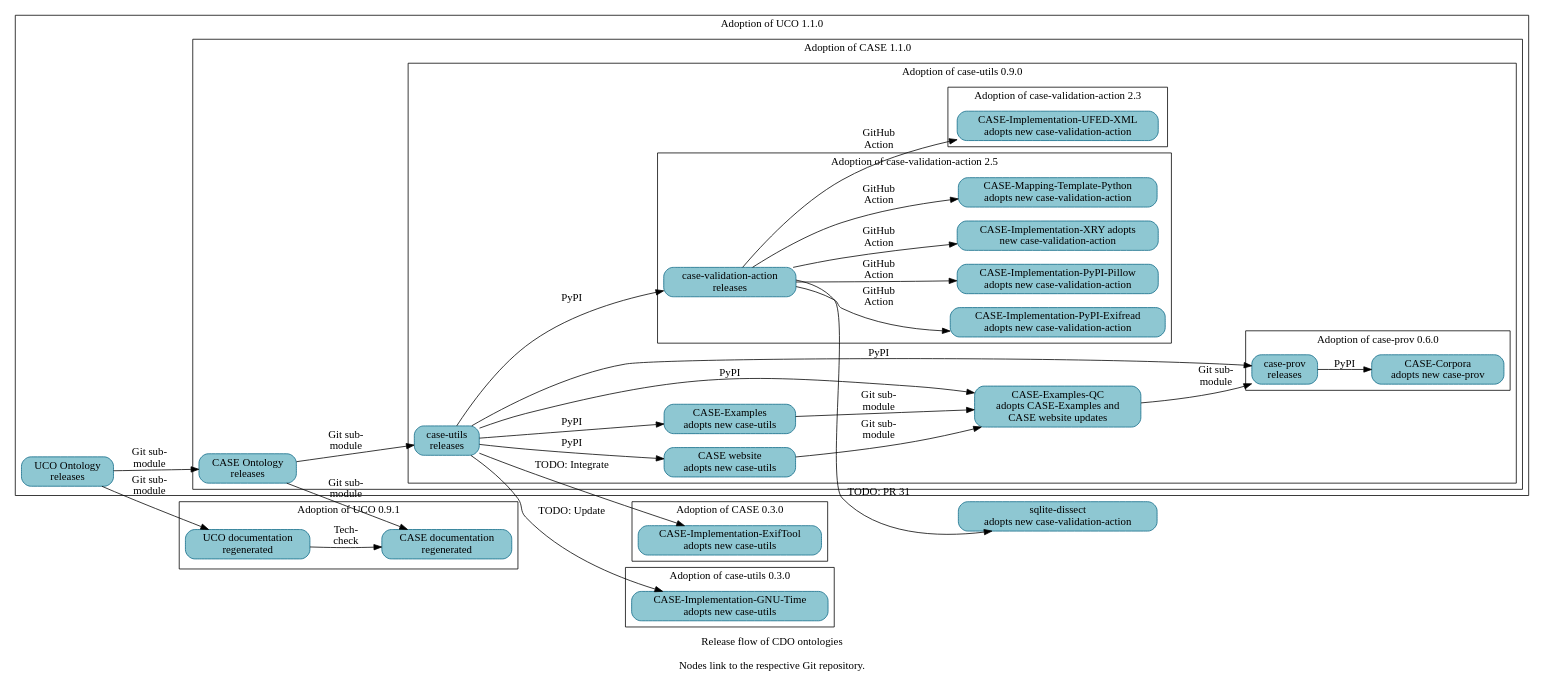
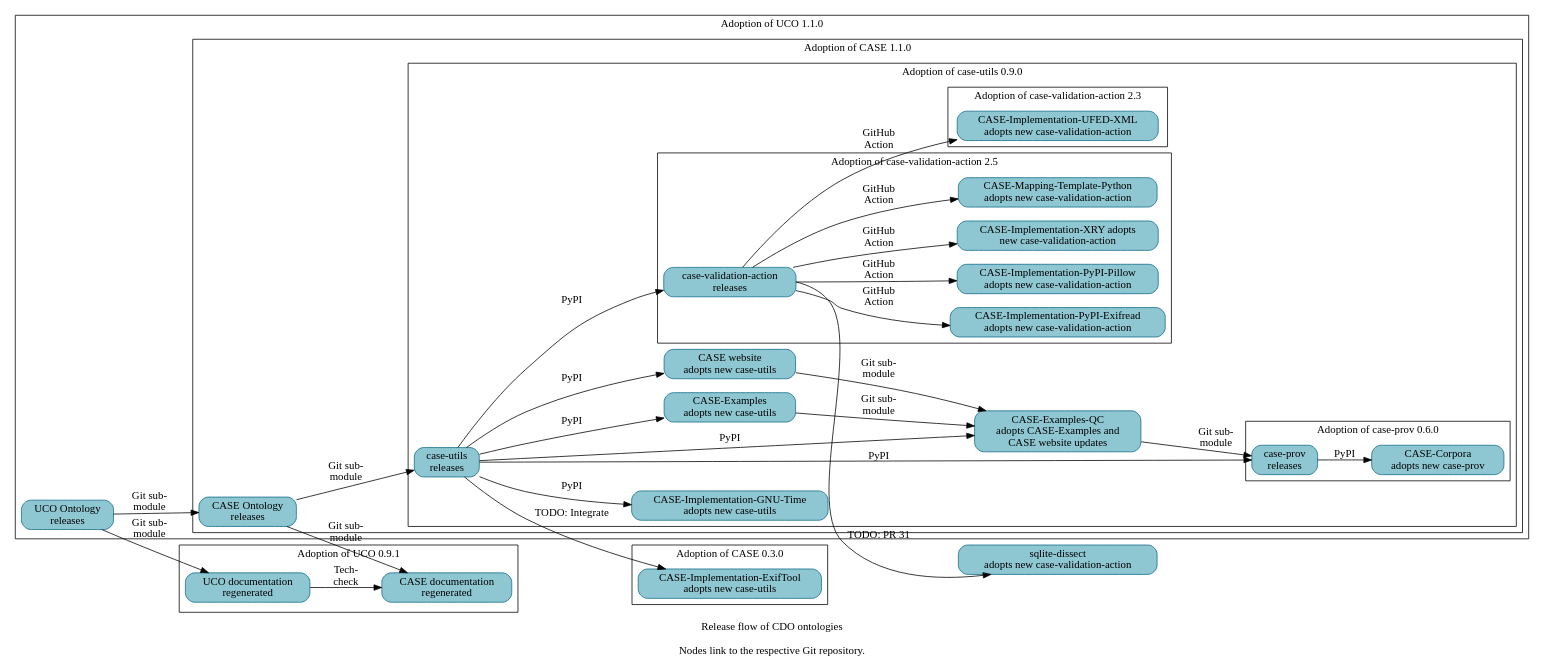
The diagram in resources/project_release_flow.dot (Cyber-Domain-Ontology/cdo.github.io), drawn with Graphviz before and after one commit.

Commit message:
Refresh adoption status
A follow-on patch will regenerate Make-managed files.

```diff
--- a/resources/project_release_flow.dot
+++ b/resources/project_release_flow.dot
@@ -1,98 +1,93 @@
 digraph "cdo_release_flow" {
   label = "Release flow of CDO ontologies\n\nNodes link to the respective Git repository." ;
   rankdir = "LR" ;
   node [shape="rectangle" style="filled,rounded" fillcolor="#8EC7D2" color="#0D6986"] ;
 
 
   // Define nodes in their corresponding progress subgraph.
 
   subgraph cluster_case_0_3_0 {
     label = "Adoption of CASE 0.3.0" ;
 
     _GH__CASEWORK__CASE_IMPLEMENTATON_EXIFTOOL [URL="https://github.com/casework/CASE-Implementation-ExifTool" label="CASE-Implementation-ExifTool\nadopts new case-utils"] ;
-  }
-
-  subgraph cluster_case_utils_0_3_0 {
-    label = "Adoption of case-utils 0.3.0" ;
-
-    _GH__CASEWORK__CASE_IMPLEMENTATON_GNU_TIME [URL="https://github.com/casework/CASE-Implementation-GNU-Time" label="CASE-Implementation-GNU-Time\nadopts new case-utils"] ;
   }
 
   subgraph cluster_uco_0_9_1 {
     label = "Adoption of UCO 0.9.1" ;
 
     _GH__CASEWORK__ONTOLOGY_CASEONTOLOGY_ORG [URL="https://github.com/casework/ontology.caseontology.org" label="CASE documentation\nregenerated"] ;
     _GH__UCOPROJECT__ONTOLOGY_UNIFIEDCYBERONTOLOGY_ORG [URL="https://github.com/ucoProject/ontology.unifiedcyberontology.org" label="UCO documentation\nregenerated"] ;
   }
   subgraph cluster_uco_1_1_0 {
     label = "Adoption of UCO 1.1.0" ;
 
     _GH__UCOPROJECT__UCO [URL="https://github.com/ucoProject/UCO" label="UCO Ontology\nreleases"] ;
 
     subgraph cluster_case_1_1_0 {
       label = "Adoption of CASE 1.1.0" ;
 
       _GH__CASEWORK__CASE [URL="https://github.com/casework/CASE" label="CASE Ontology\nreleases"] ;
 
       subgraph cluster_case_utils_0_9_0 {
         label = "Adoption of case-utils 0.9.0" ;
 
         _GH__AJNELSON_NIST__CASE_EXAMPLES_QC [URL="https://github.com/ajnelson-nist/CASE-Examples-QC" label="CASE-Examples-QC\nadopts CASE-Examples and\nCASE website updates"] ;
         _GH__CASEWORK__CASE_EXAMPLES [URL="https://github.com/casework/CASE-Examples" label="CASE-Examples\nadopts new case-utils"] ;
+        _GH__CASEWORK__CASE_IMPLEMENTATON_GNU_TIME [URL="https://github.com/casework/CASE-Implementation-GNU-Time" label="CASE-Implementation-GNU-Time\nadopts new case-utils"] ;
         _GH__CASEWORK__CASE_UTILITIES_PYTHON [URL="https://github.com/casework/CASE-Utilities-Python" label="case-utils\nreleases"] ;
         _GH__CASEWORK__CASEWORK_GITHUB_IO [URL="https://github.com/casework/casework.github.io" label="CASE website\nadopts new case-utils"] ;
 
         subgraph cluster_case_prov_0_6_0 {
           label = "Adoption of case-prov 0.6.0" ;
 
           _GH__CASEWORK__CASE_CORPORA [URL="https://github.com/casework/CASE-Corpora" label="CASE-Corpora\nadopts new case-prov"] ;
           _GH__CASEWORK__CASE_IMPLEMENTATON_PROV_O [URL="https://github.com/casework/CASE-Implementation-PROV-O" label="case-prov\nreleases"] ;
         }
 
         subgraph cluster_case_validation_action_2_3 {
           label = "Adoption of case-validation-action 2.3" ;
 
           _GH__CASEWORK__CASE_IMPLEMENTATON_UFED_XML [URL="https://github.com/casework/CASE-Implementation-UFED-XML" label="CASE-Implementation-UFED-XML\nadopts new case-validation-action"] ;
         }
 
         subgraph cluster_case_validation_action_2_5 {
           label = "Adoption of case-validation-action 2.5" ;
 
           _GH__CASEWORK__CASE_IMPLEMENTATON_PYPI_EXIFREAD [URL="https://github.com/casework/CASE-Implementation-PyPI-Exifread" label="CASE-Implementation-PyPI-Exifread\nadopts new case-validation-action"] ;
           _GH__CASEWORK__CASE_IMPLEMENTATON_PYPI_PILLOW [URL="https://github.com/casework/CASE-Implementation-PyPI-Pillow" label="CASE-Implementation-PyPI-Pillow\nadopts new case-validation-action"] ;
           _GH__CASEWORK__CASE_IMPLEMENTATON_XRY [URL="https://github.com/casework/CASE-Implementation-XRY" label="CASE-Implementation-XRY adopts\nnew case-validation-action"] ;
           _GH__CASEWORK__CASE_MAPPING_TEMPLATE_PYTHON [URL="https://github.com/casework/CASE-Mapping-Template-Python" label="CASE-Mapping-Template-Python\nadopts new case-validation-action"] ;
           _GH__KCHASON__CASE_VALIDATION_ACTION [URL="https://github.com/kchason/case-validation-action" label="case-validation-action\nreleases"] ;
         }
       }
     }
   }
 
   _GH__DOD_CYBER_CRIME_CENTER__SQLITE_DISSECT [URL="https://github.com/dod-cyber-crime-center/sqlite-dissect" label="sqlite-dissect\nadopts new case-validation-action"] ;
 
   // Begin edges
 
   _GH__AJNELSON_NIST__CASE_EXAMPLES_QC -> _GH__CASEWORK__CASE_IMPLEMENTATON_PROV_O [label="Git sub-\nmodule"] ;
   _GH__CASEWORK__CASE -> _GH__CASEWORK__CASE_UTILITIES_PYTHON [label="Git sub-\nmodule"] ;
   _GH__CASEWORK__CASE -> _GH__CASEWORK__ONTOLOGY_CASEONTOLOGY_ORG [label="Git sub-\nmodule"] ; 
   _GH__CASEWORK__CASE_EXAMPLES -> _GH__AJNELSON_NIST__CASE_EXAMPLES_QC [label="Git sub-\nmodule"] ;
   _GH__CASEWORK__CASE_IMPLEMENTATON_PROV_O -> _GH__CASEWORK__CASE_CORPORA [label="PyPI"] ;
   _GH__CASEWORK__CASE_UTILITIES_PYTHON -> _GH__AJNELSON_NIST__CASE_EXAMPLES_QC [label="PyPI"] ;
   _GH__CASEWORK__CASE_UTILITIES_PYTHON -> _GH__CASEWORK__CASE_EXAMPLES [label="PyPI"] ;
   _GH__CASEWORK__CASE_UTILITIES_PYTHON -> _GH__CASEWORK__CASE_IMPLEMENTATON_EXIFTOOL [label="TODO: Integrate"] ;
-  _GH__CASEWORK__CASE_UTILITIES_PYTHON -> _GH__CASEWORK__CASE_IMPLEMENTATON_GNU_TIME [label="TODO: Update"] ;
+  _GH__CASEWORK__CASE_UTILITIES_PYTHON -> _GH__CASEWORK__CASE_IMPLEMENTATON_GNU_TIME [label="PyPI"] ;
   _GH__CASEWORK__CASE_UTILITIES_PYTHON -> _GH__CASEWORK__CASE_IMPLEMENTATON_PROV_O [label="PyPI"] ;
   _GH__CASEWORK__CASE_UTILITIES_PYTHON -> _GH__KCHASON__CASE_VALIDATION_ACTION [label="PyPI"] ;
   _GH__CASEWORK__CASE_UTILITIES_PYTHON -> _GH__CASEWORK__CASEWORK_GITHUB_IO [label="PyPI"] ;
   _GH__CASEWORK__CASEWORK_GITHUB_IO -> _GH__AJNELSON_NIST__CASE_EXAMPLES_QC [label="Git sub-\nmodule"] ;
   _GH__KCHASON__CASE_VALIDATION_ACTION -> _GH__CASEWORK__CASE_IMPLEMENTATON_PYPI_EXIFREAD [label="GitHub\nAction"] ;
   _GH__KCHASON__CASE_VALIDATION_ACTION -> _GH__CASEWORK__CASE_IMPLEMENTATON_PYPI_PILLOW [label="GitHub\nAction"] ;
   _GH__KCHASON__CASE_VALIDATION_ACTION -> _GH__CASEWORK__CASE_IMPLEMENTATON_UFED_XML [label="GitHub\nAction"] ;
   _GH__KCHASON__CASE_VALIDATION_ACTION -> _GH__CASEWORK__CASE_IMPLEMENTATON_XRY [label="GitHub\nAction"] ;
   _GH__KCHASON__CASE_VALIDATION_ACTION -> _GH__CASEWORK__CASE_MAPPING_TEMPLATE_PYTHON [label="GitHub\nAction"] ;
   _GH__KCHASON__CASE_VALIDATION_ACTION -> _GH__DOD_CYBER_CRIME_CENTER__SQLITE_DISSECT [URL="https://github.com/dod-cyber-crime-center/sqlite-dissect/pull/31" label="TODO: PR 31"] ;
   _GH__UCOPROJECT__ONTOLOGY_UNIFIEDCYBERONTOLOGY_ORG -> _GH__CASEWORK__ONTOLOGY_CASEONTOLOGY_ORG [label="Tech-\ncheck"];
   _GH__UCOPROJECT__UCO -> _GH__CASEWORK__CASE [label="Git sub-\nmodule"] ;
   _GH__UCOPROJECT__UCO -> _GH__UCOPROJECT__ONTOLOGY_UNIFIEDCYBERONTOLOGY_ORG [label="Git sub-\nmodule"] ;
 
 }
```
